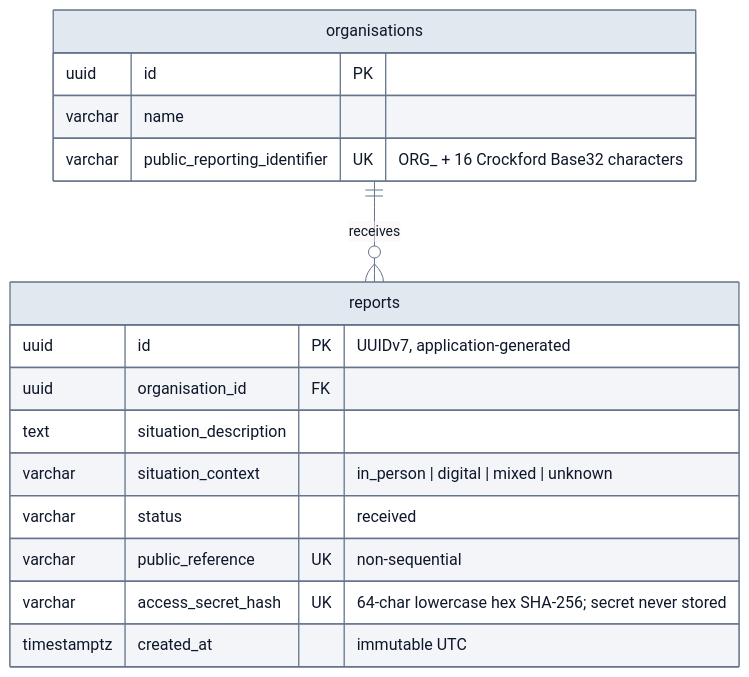
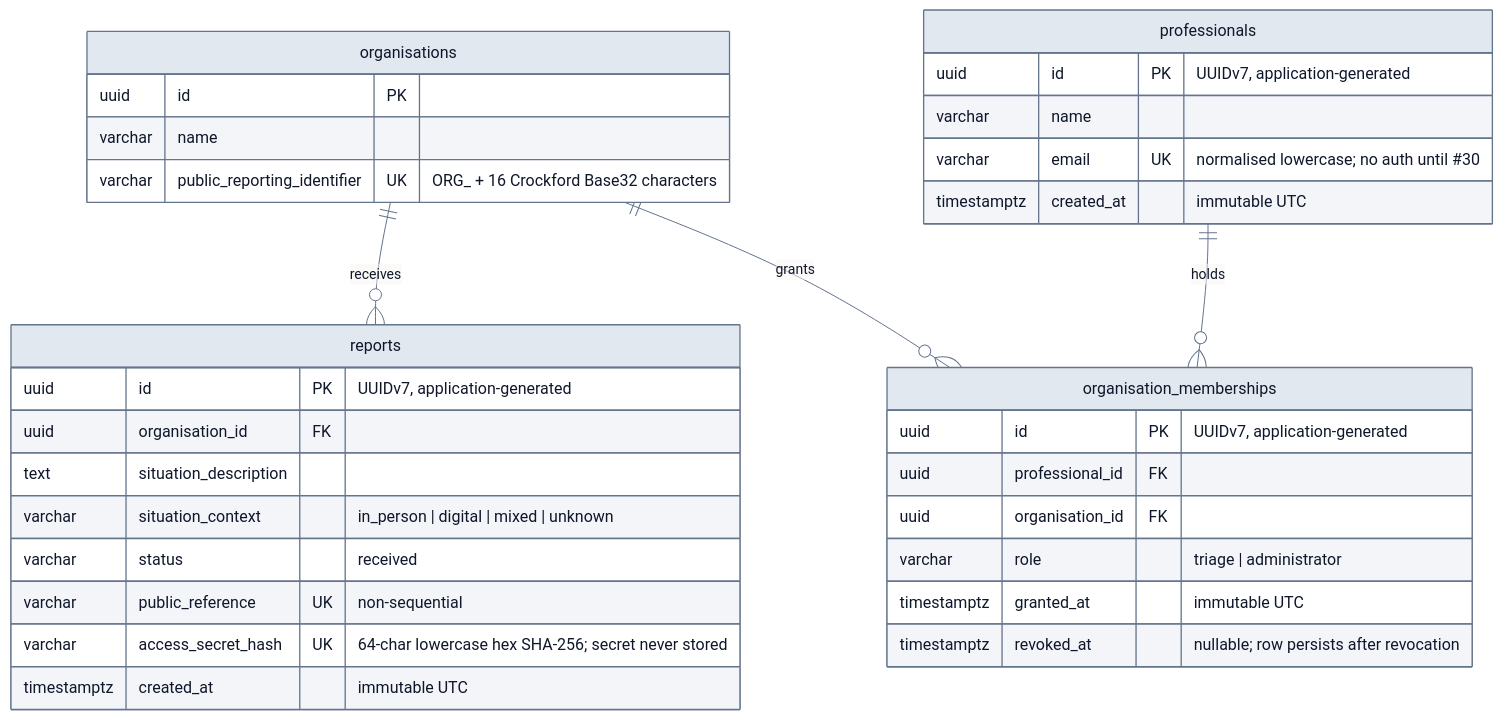
The diagram in docs/architecture/diagrams/data-model.md (albertogalvez-dev/Convive), drawn with Mermaid before and after one commit. The commit also changed other lines of this file and 19 other files, not shown here.

First line of the commit message:
feat(professionals): model professional identities and organisation memberships

````diff
--- a/docs/architecture/diagrams/data-model.md
+++ b/docs/architecture/diagrams/data-model.md
@@ -8,20 +7,36 @@
 ```mermaid
 %%{init: {'theme': 'base', 'themeVariables': {'primaryColor': '#E2E8F0', 'primaryTextColor': '#0F172A', 'primaryBorderColor': '#64748B', 'lineColor': '#64748B'}}}%%
 erDiagram
     organisations {
         uuid id PK
         varchar name
         varchar public_reporting_identifier UK "ORG_ + 16 Crockford Base32 characters"
     }
     reports {
         uuid id PK "UUIDv7, application-generated"
         uuid organisation_id FK
         text situation_description
         varchar situation_context "in_person | digital | mixed | unknown"
         varchar status "received"
         varchar public_reference UK "non-sequential"
         varchar access_secret_hash UK "64-char lowercase hex SHA-256; secret never stored"
         timestamptz created_at "immutable UTC"
     }
+    professionals {
+        uuid id PK "UUIDv7, application-generated"
+        varchar name
+        varchar email UK "normalised lowercase; no auth until #30"
+        timestamptz created_at "immutable UTC"
+    }
+    organisation_memberships {
+        uuid id PK "UUIDv7, application-generated"
+        uuid professional_id FK
+        uuid organisation_id FK
+        varchar role "triage | administrator"
+        timestamptz granted_at "immutable UTC"
+        timestamptz revoked_at "nullable; row persists after revocation"
+    }
     organisations ||--o{ reports : "receives"
+    professionals ||--o{ organisation_memberships : "holds"
+    organisations ||--o{ organisation_memberships : "grants"
 ```
````
